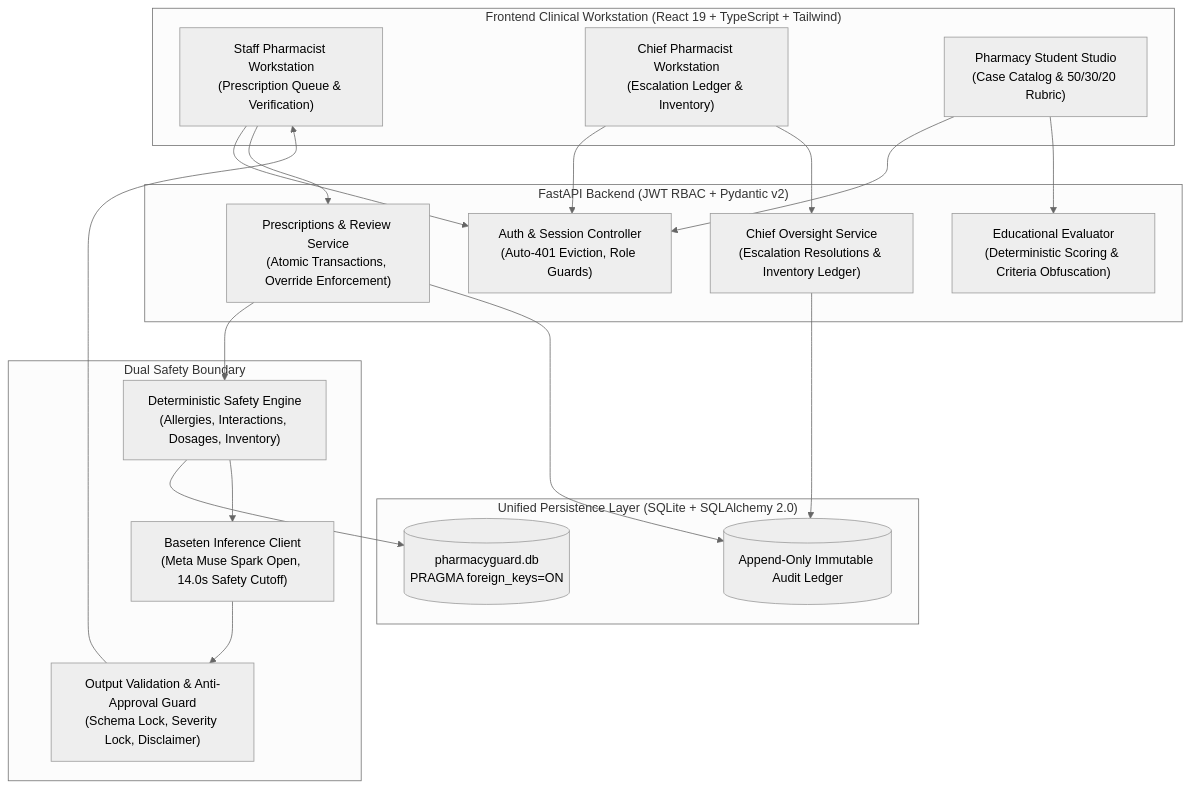
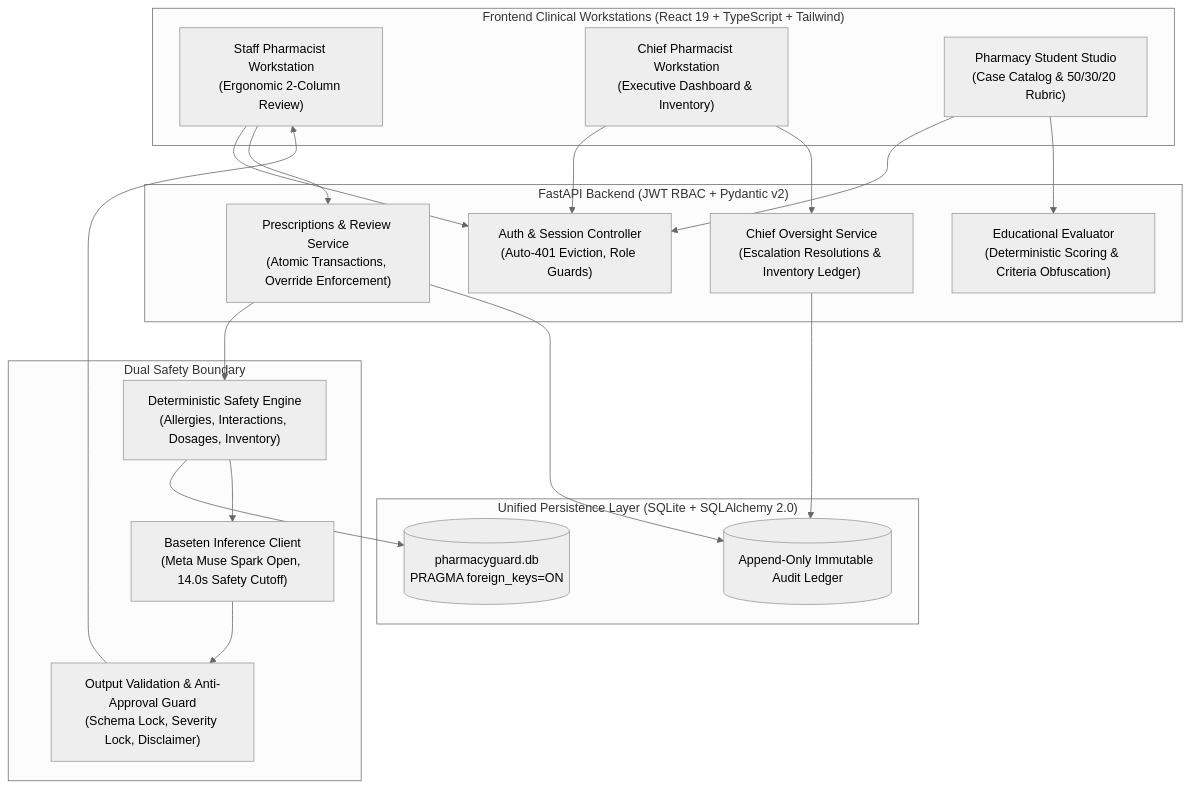
Before and after one commit to nanadjan996-debug/PharmacyGuard-Meta: the diagram in README.md, drawn with Mermaid (neutral theme). The commit also changed other lines of this file and 2 other files, not shown here.

````diff
--- a/README.md
+++ b/README.md
@@ -24,38 +39,38 @@
 ```mermaid
 flowchart TD
-    subgraph Client["Frontend Clinical Workstation (React 19 + TypeScript + Tailwind)"]
-        StaffUI["Staff Pharmacist Workstation\n(Prescription Queue & Verification)"]
-        ChiefUI["Chief Pharmacist Workstation\n(Escalation Ledger & Inventory)"]
+    subgraph Client["Frontend Clinical Workstations (React 19 + TypeScript + Tailwind)"]
+        StaffUI["Staff Pharmacist Workstation\n(Ergonomic 2-Column Review)"]
+        ChiefUI["Chief Pharmacist Workstation\n(Executive Dashboard & Inventory)"]
         StudentUI["Pharmacy Student Studio\n(Case Catalog & 50/30/20 Rubric)"]
     end
 
     subgraph API["FastAPI Backend (JWT RBAC + Pydantic v2)"]
         AuthRouter["Auth & Session Controller\n(Auto-401 Eviction, Role Guards)"]
         RxRouter["Prescriptions & Review Service\n(Atomic Transactions, Override Enforcement)"]
         OversightRouter["Chief Oversight Service\n(Escalation Resolutions & Inventory Ledger)"]
         EduRouter["Educational Evaluator\n(Deterministic Scoring & Criteria Obfuscation)"]
     end
 
     subgraph DualSafety["Dual Safety Boundary"]
         DVE["Deterministic Safety Engine\n(Allergies, Interactions, Dosages, Inventory)"]
         BasetenClient["Baseten Inference Client\n(Meta Muse Spark Open, 14.0s Safety Cutoff)"]
         ValGuard["Output Validation & Anti-Approval Guard\n(Schema Lock, Severity Lock, Disclaimer)"]
     end
 
     subgraph Storage["Unified Persistence Layer (SQLite + SQLAlchemy 2.0)"]
         DB[(pharmacyguard.db\nPRAGMA foreign_keys=ON)]
         AuditLog[(Append-Only Immutable Audit Ledger)]
     end
 
     StaffUI --> AuthRouter & RxRouter
     ChiefUI --> AuthRouter & OversightRouter
     StudentUI --> AuthRouter & EduRouter
 
     RxRouter --> DVE
     DVE --> DB
     DVE --> BasetenClient
     BasetenClient --> ValGuard
     ValGuard --> StaffUI
     RxRouter --> AuditLog
     OversightRouter --> AuditLog
 ```
````
